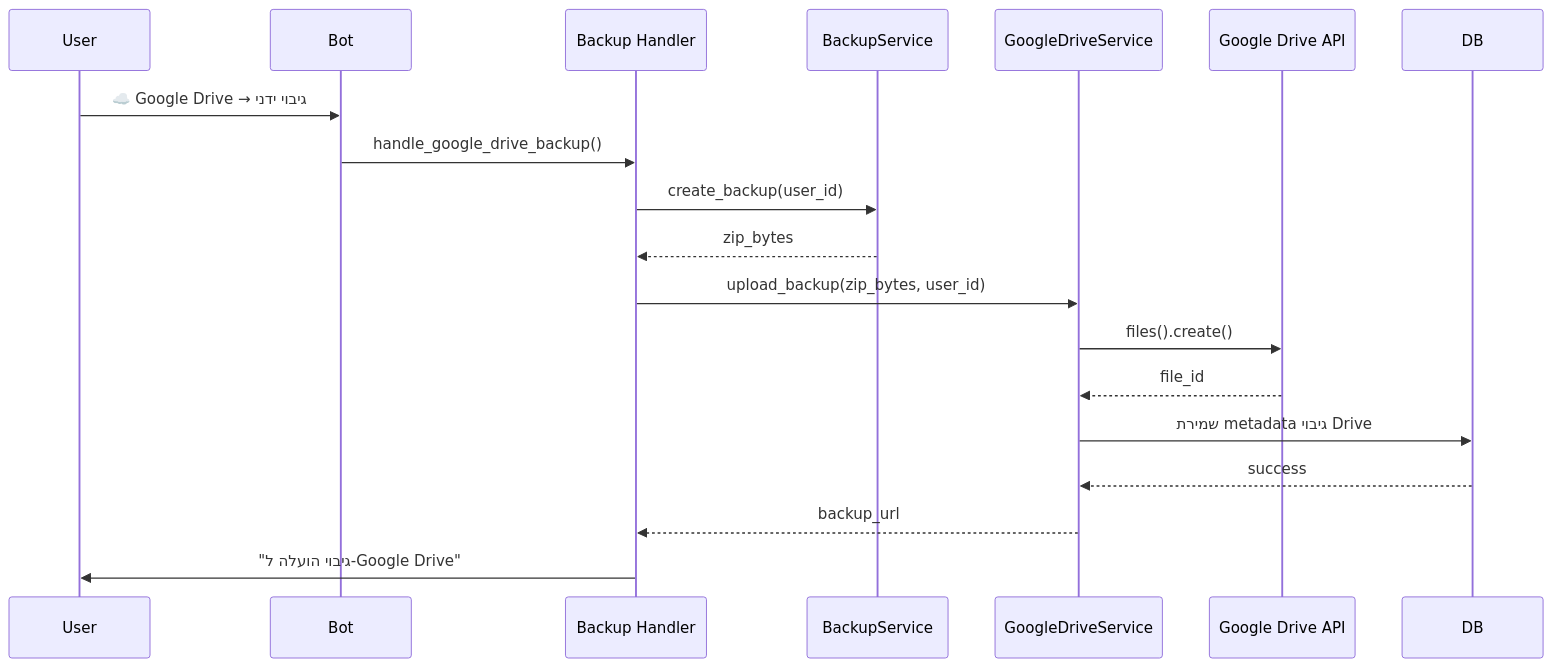
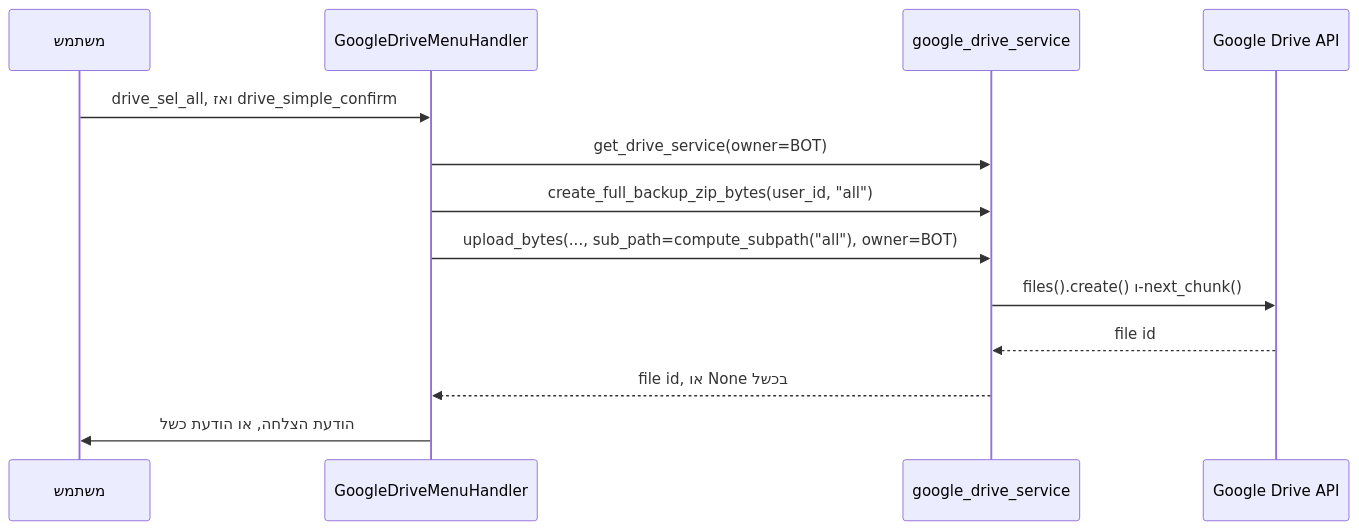
The third of 3 diagrams in docs/workflows/backup-flow.rst (amirbiron/CodeBot), drawn with Mermaid before and after one commit. The commit also changed other lines of this file and 41 other files, not shown here.

```diff
--- a/docs/workflows/backup-flow.rst
+++ b/docs/workflows/backup-flow.rst
@@ -148,22 +166,16 @@
 .. mermaid::
 
    sequenceDiagram
-       participant U as User
-       participant B as Bot
-       participant H as Backup Handler
-       participant BS as BackupService
-       participant GDS as GoogleDriveService
+       participant U as משתמש
+       participant M as GoogleDriveMenuHandler
+       participant GDS as google_drive_service
        participant GD as Google Drive API
 
-       U->>B: ☁️ Google Drive → גיבוי ידני
-       B->>H: handle_google_drive_backup()
-       H->>BS: create_backup(user_id)
-       BS-->>H: zip_bytes
-       
-       H->>GDS: upload_backup(zip_bytes, user_id)
-       GDS->>GD: files().create()
-       GD-->>GDS: file_id
-       GDS->>DB: שמירת metadata גיבוי Drive
-       DB-->>GDS: success
-       GDS-->>H: backup_url
-       H->>U: "גיבוי הועלה ל-Google Drive"
+       U->>M: drive_sel_all, ואז drive_simple_confirm
+       M->>GDS: get_drive_service(owner=BOT)
+       M->>GDS: create_full_backup_zip_bytes(user_id, "all")
+       M->>GDS: upload_bytes(..., sub_path=compute_subpath("all"), owner=BOT)
+       GDS->>GD: files().create() ו-next_chunk()
+       GD-->>GDS: file id
+       GDS-->>M: file id, או None בכשל
+       M->>U: הודעת הצלחה, או הודעת כשל
```
